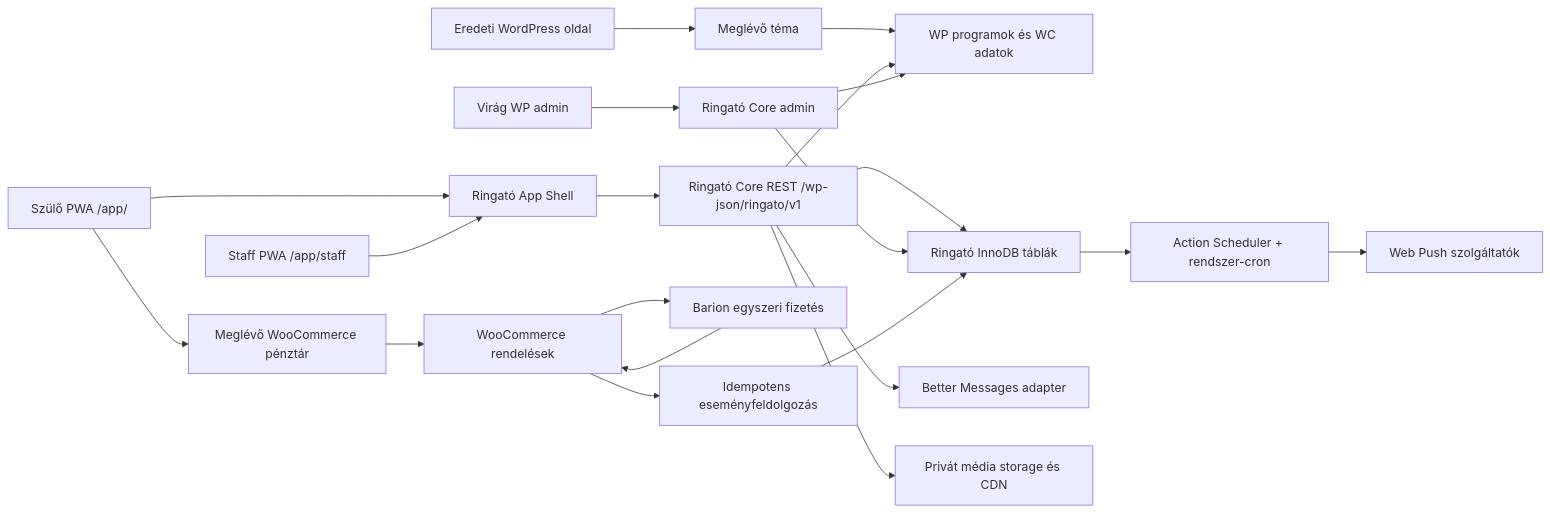
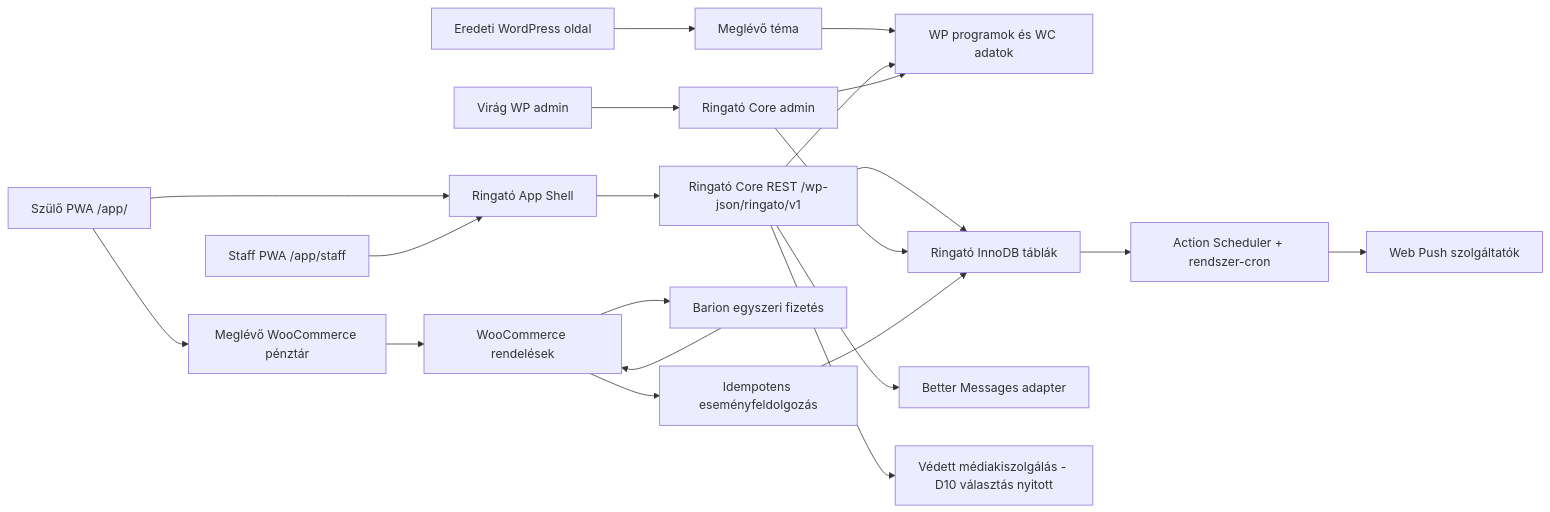
The first of 2 diagrams in docs/implementation-plan/02-architektura.md (realabu/ringato-pwa-demo), drawn with Mermaid before and after one commit. The commit also changed other lines of this file, not shown here.

````diff
--- a/docs/implementation-plan/02-architektura.md
+++ b/docs/implementation-plan/02-architektura.md
@@ -7,23 +7,23 @@
 ```mermaid
 flowchart LR
   Parent[Szülő PWA /app/] --> Shell[Ringató App Shell]
   Staff[Staff PWA /app/staff] --> Shell
   Shell --> API[Ringató Core REST /wp-json/ringato/v1]
   Parent --> Checkout[Meglévő WooCommerce pénztár]
   Web[Eredeti WordPress oldal] --> Theme[Meglévő téma]
   Theme --> Legacy[WP programok és WC adatok]
   API --> Legacy
   API --> Tables[Ringató InnoDB táblák]
   API --> Chat[Better Messages adapter]
-  API --> CDN[Privát média storage és CDN]
+  API --> Media[Védett médiakiszolgálás - D10 választás nyitott]
   Admin[Virág WP admin] --> CoreAdmin[Ringató Core admin]
   CoreAdmin --> Tables
   CoreAdmin --> Legacy
   Checkout --> WC[WooCommerce rendelések]
   WC --> Pay[Barion egyszeri fizetés]
   Pay --> WC
   WC --> Outbox[Idempotens eseményfeldolgozás]
   Outbox --> Tables
   Tables --> Jobs[Action Scheduler + rendszer-cron]
   Jobs --> Push[Web Push szolgáltatók]
 ```
````
